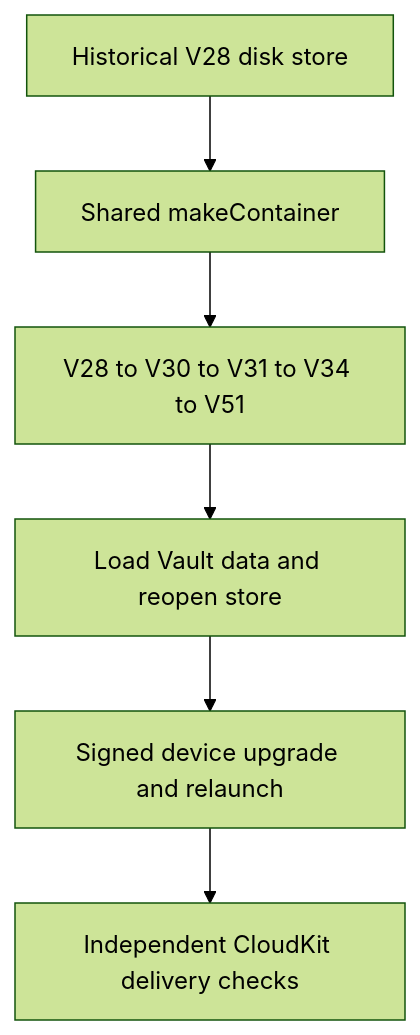
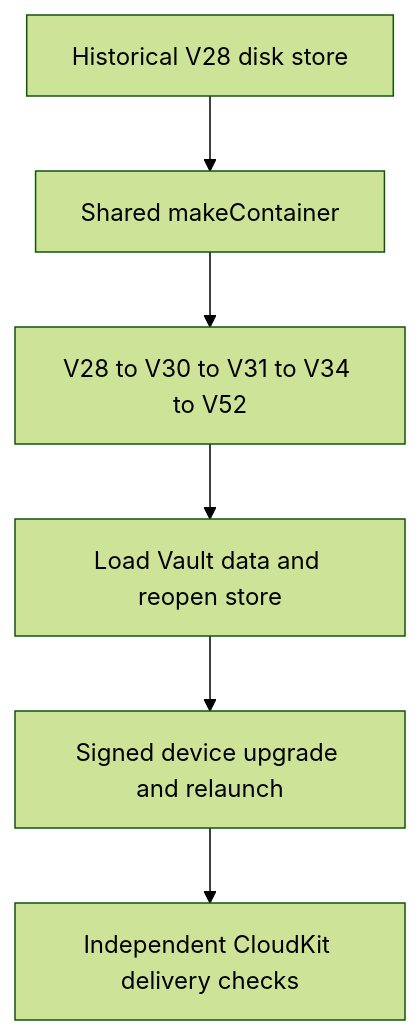
The first of 2 diagrams in openwiki/operations/cloudkit-release-readiness.md (AkinoKaede/Termind), drawn with Mermaid (forest theme) before and after one commit. The commit also changed other lines of this file and 71 other files, not shown here.

````diff
--- a/openwiki/operations/cloudkit-release-readiness.md
+++ b/openwiki/operations/cloudkit-release-readiness.md
@@ -203,8 +199,8 @@
 ```mermaid
 flowchart TD
     Fixture["Historical V28 disk store"] --> Factory["Shared makeContainer"]
-    Factory --> Local["V28 to V30 to V31 to V34 to V51"]
+    Factory --> Local["V28 to V30 to V31 to V34 to V52"]
     Local --> Verify["Load Vault data and reopen store"]
     Verify --> Device["Signed device upgrade and relaunch"]
     Device --> Cloud["Independent CloudKit delivery checks"]
 ```
````
